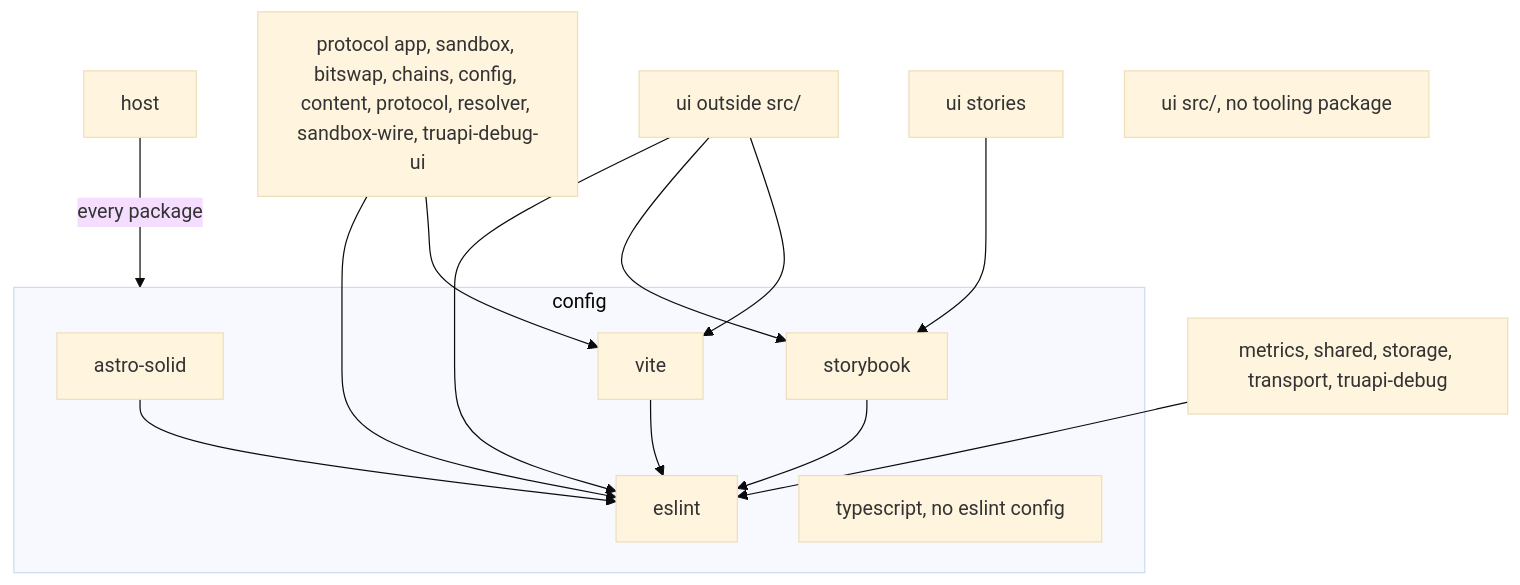
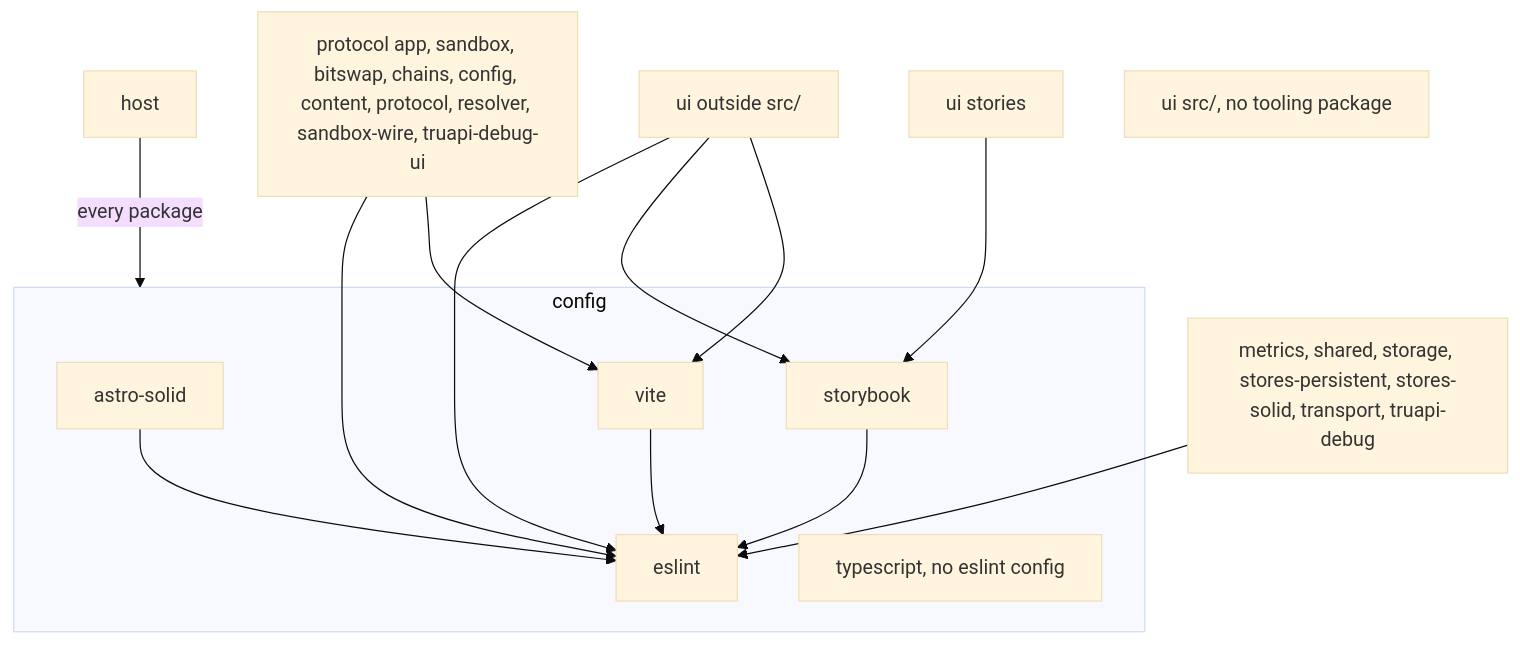
Before and after one commit to paritytech/dotli-community: the second of 2 diagrams in docs/code/placement.md, drawn with Mermaid (base theme). The commit also changed other lines of this file and 210 other files, not shown here.

````diff
--- a/docs/code/placement.md
+++ b/docs/code/placement.md
@@ -69,22 +73,22 @@
 ```mermaid
 flowchart TD
   host[host]
   viteUsers["protocol app, sandbox, bitswap, chains, config, content, protocol, resolver, sandbox-wire, truapi-debug-ui"]
-  eslintOnly["metrics, shared, storage, transport, truapi-debug"]
+  eslintOnly["metrics, shared, storage, stores-persistent, stores-solid, transport, truapi-debug"]
   uiRest["ui outside src/"]
   uiStories[ui stories]
   uiSrc["ui src/, no tooling package"]
   subgraph tooling [config]
     astroSolid[astro-solid]
     eslint[eslint]
     storybook[storybook]
     typescript["typescript, no eslint config"]
     vite[vite]
   end
   host -->|every package| tooling
   viteUsers --> eslint & vite
   eslintOnly --> eslint
   uiRest --> eslint & storybook & vite
   uiStories --> storybook
   astroSolid & storybook & vite --> eslint
 ```
````
